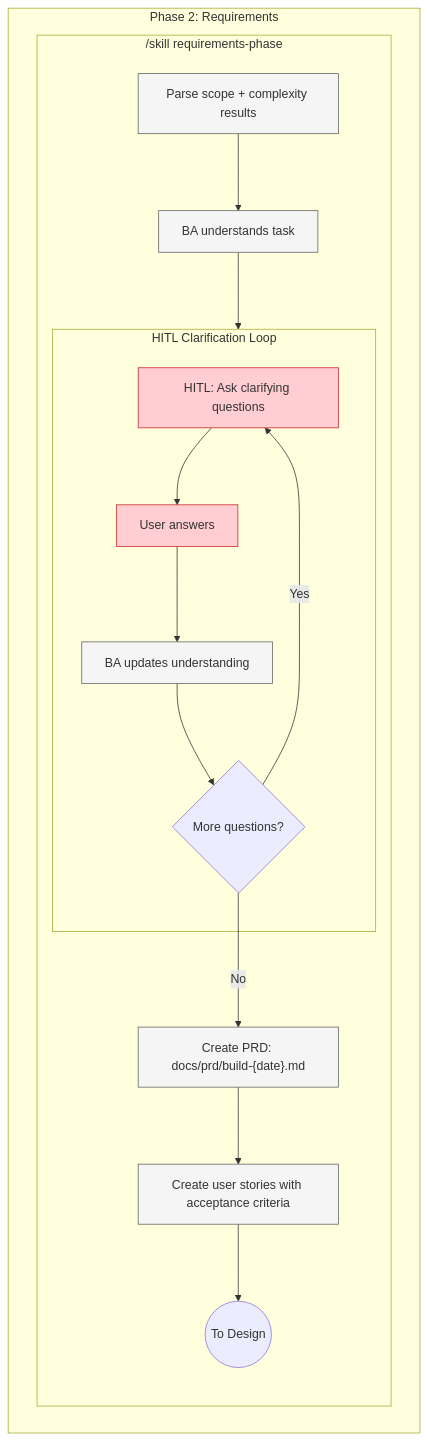
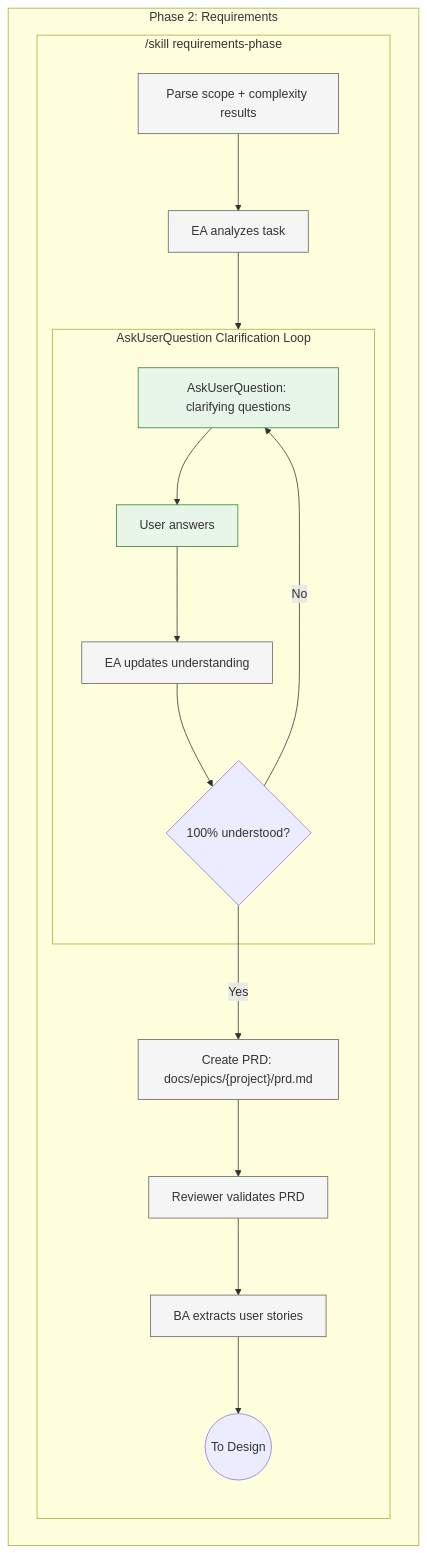
The third of 9 diagrams in docs/architecture/build-command-target-state.md (metasaver/metasaver-marketplace), drawn with Mermaid before and after one commit. The commit also changed other lines of this file and 21 other files, not shown here.

````diff
--- a/docs/architecture/build-command-target-state.md
+++ b/docs/architecture/build-command-target-state.md
@@ -133,28 +123,29 @@
 ```mermaid
 flowchart TB
     classDef skill fill:#fff8e1,stroke:#f57f17,stroke-width:2px
     classDef step fill:#f5f5f5,stroke:#616161,stroke-width:1px
-    classDef hitl fill:#ffcdd2,stroke:#c62828,stroke-width:1px
+    classDef ask fill:#e8f5e9,stroke:#2e7d32,stroke-width:1px
 
     subgraph P2["Phase 2: Requirements"]
         subgraph REQ["/skill requirements-phase"]
             R1["Parse scope + complexity results"]:::step
-            R2["BA understands task"]:::step
+            R2["EA analyzes task"]:::step
 
-            subgraph LOOP["HITL Clarification Loop"]
-                R3["HITL: Ask clarifying questions"]:::hitl
-                R4["User answers"]:::hitl
-                R5["BA updates understanding"]:::step
-                R6{"More questions?"}
+            subgraph LOOP["AskUserQuestion Clarification Loop"]
+                R3["AskUserQuestion: clarifying questions"]:::ask
+                R4["User answers"]:::ask
+                R5["EA updates understanding"]:::step
+                R6{"100% understood?"}
                 R3 --> R4 --> R5 --> R6
-                R6 -->|Yes| R3
+                R6 -->|No| R3
             end
 
-            R7["Create PRD: docs/prd/build-{date}.md"]:::step
-            R8["Create user stories with acceptance criteria"]:::step
+            R7["Create PRD: docs/epics/{project}/prd.md"]:::step
+            R8["Reviewer validates PRD"]:::step
+            R9["BA extracts user stories"]:::step
 
             R1 --> R2 --> LOOP
-            R6 -->|No| R7 --> R8 --> OUT((To Design))
+            R6 -->|Yes| R7 --> R8 --> R9 --> OUT((To Design))
         end
     end
 ```
````
